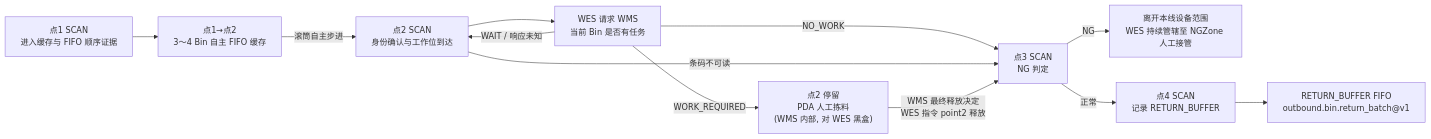
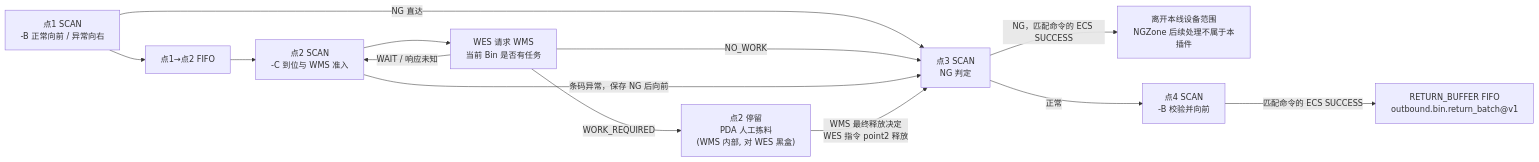
Before and after one commit to kaizhoumasha/wes_backend: the second of 2 diagrams in docs/contracts/wms-manual-outbound-picking-integration-requirements.md, drawn with Mermaid. The commit also changed other lines of this file and 103 other files, not shown here.

````diff
--- a/docs/contracts/wms-manual-outbound-picking-integration-requirements.md
+++ b/docs/contracts/wms-manual-outbound-picking-integration-requirements.md
@@ -142,14 +141,15 @@
 ```mermaid
 flowchart LR
-    P1["点1 SCAN<br/>进入缓存与 FIFO 顺序证据"] --> BUF["点1→点2<br/>3～4 Bin 自主 FIFO 缓存"]
-    BUF -->|滚筒自主步进| P2SCAN["点2 SCAN<br/>身份确认与工作位到达"]
+    P1["点1 SCAN<br/>-B 正常向前 / 异常向右"] --> BUF["点1→点2 FIFO"]
+    P1 -->|NG 直达| P3["点3 SCAN<br/>-B 正常向前 / 未授权向左"]
+    BUF --> P2SCAN["点2 SCAN<br/>-C 到位与 WMS 准入"]
     P2SCAN --> ASK["WES 请求 WMS<br/>当前 Bin 是否有任务"]
     ASK -->|WORK_REQUIRED| P2["点2 停留<br/>PDA 人工拣料<br/>(WMS 内部, 对 WES 黑盒)"]
     ASK -->|NO_WORK| P3
     ASK -->|WAIT / 响应未知| P2SCAN
-    P2SCAN -->|条码不可读| P3
+    P2SCAN -->|条码异常，保存 NG 后向前| P3
     P2 -->|WMS 最终释放决定<br/>WES 指令 point2 释放| P3["点3 SCAN<br/>NG 判定"]
-    P3 -->|NG| EXIT["离开本线设备范围<br/>WES 持续管辖至 NGZone 人工接管"]
-    P3 -->|正常| P4["点4 SCAN<br/>记录 RETURN_BUFFER"]
-    P4 --> RB["RETURN_BUFFER FIFO<br/>outbound.bin.return_batch@v1"]
+    P3 -->|NG，匹配命令的 ECS SUCCESS| EXIT["离开本线设备范围<br/>NGZone 后续处理不属于本插件"]
+    P3 -->|正常| P4["点4 SCAN<br/>-B 校验并向前"]
+    P4 -->|匹配命令的 ECS SUCCESS| RB["RETURN_BUFFER FIFO<br/>outbound.bin.return_batch@v1"]
 ```
````
